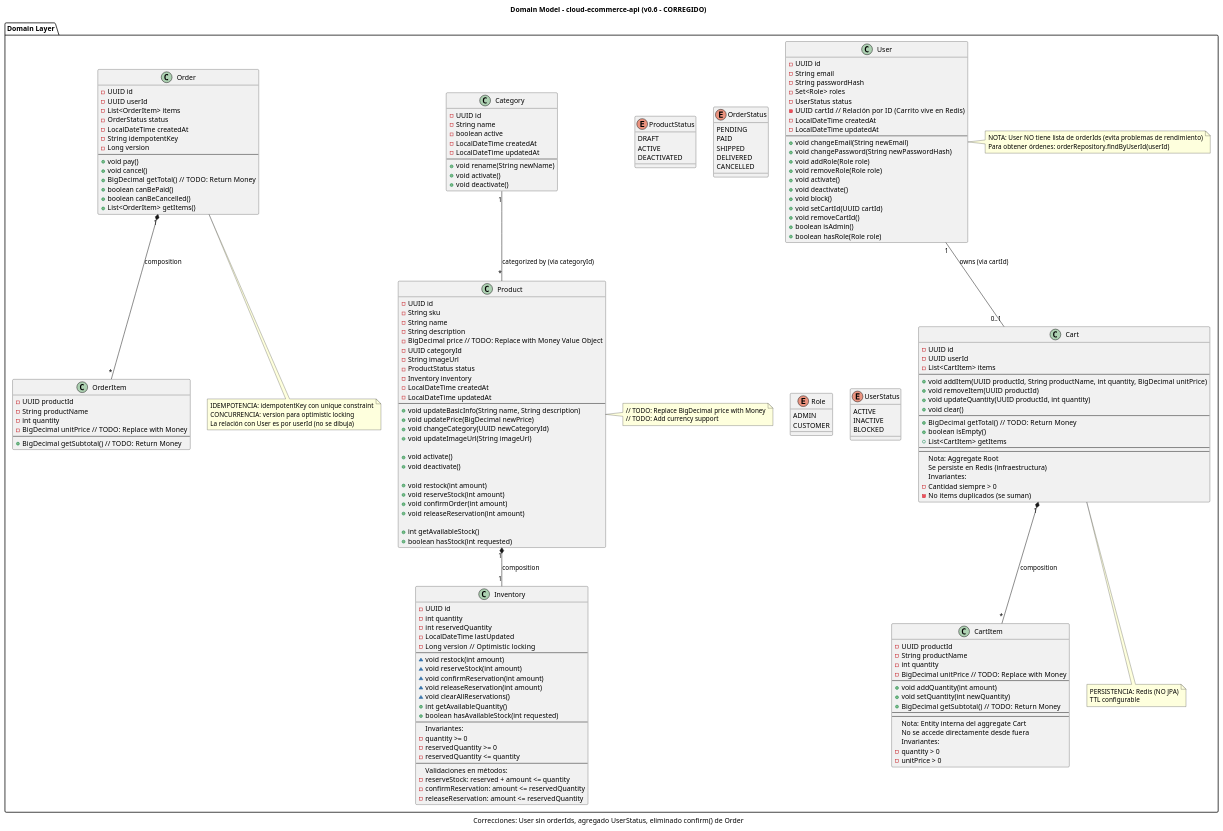
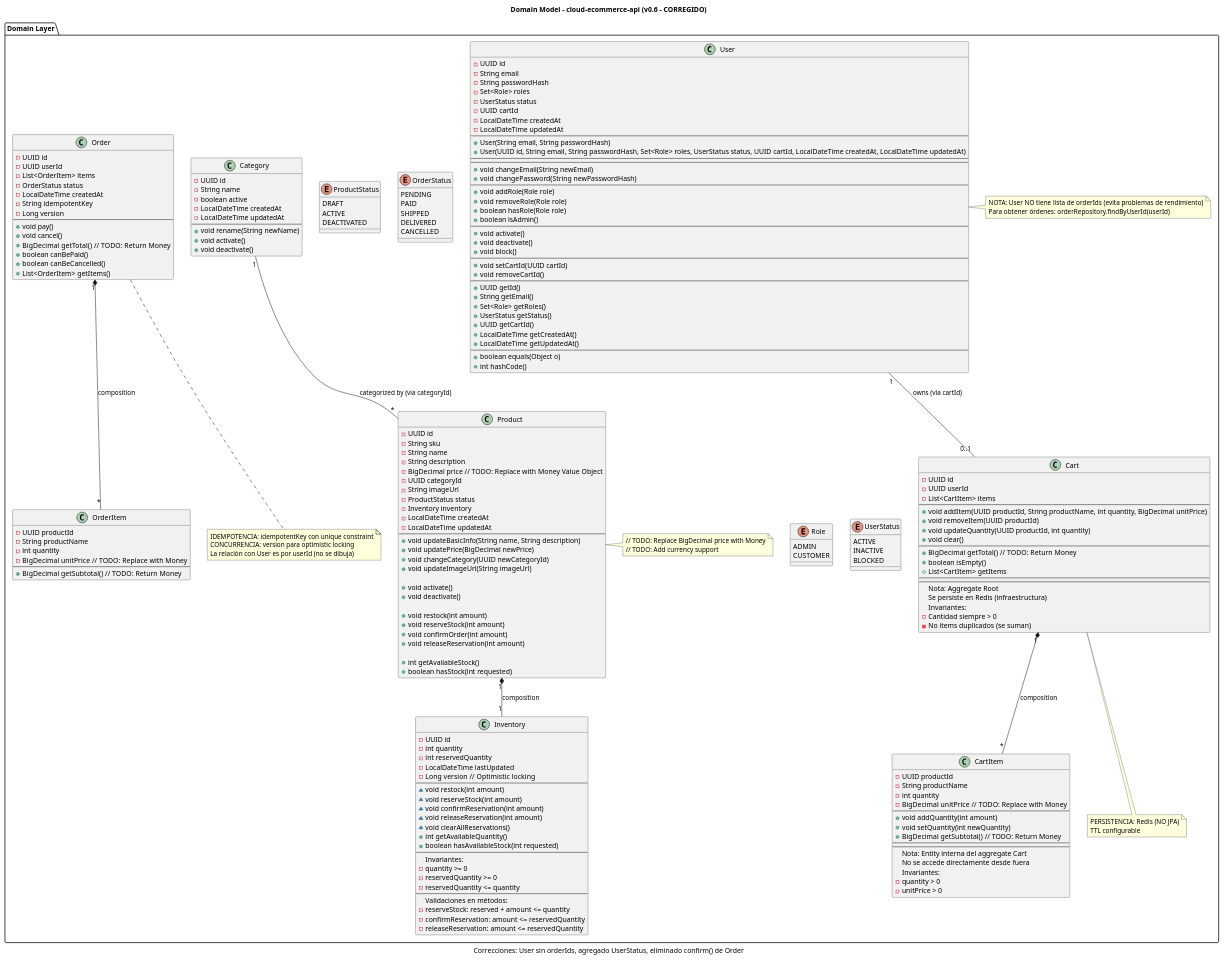
The diagram in docs/diagrams/domain-model.puml (marcobustosblas/cloud-ecommerce-api), drawn with PlantUML before and after one commit.

Commit message:
docs(diagram): reorganize User class methods by functional blocks

```diff
--- a/docs/diagrams/domain-model.puml
+++ b/docs/diagrams/domain-model.puml
@@ -165,26 +165,55 @@
     }
 
     class User {
+        ' === ATRIBUTOS ===
         - UUID id
         - String email
         - String passwordHash
         - Set<Role> roles
         - UserStatus status
-        - UUID cartId  // Relación por ID (Carrito vive en Redis)
+        - UUID cartId
         - LocalDateTime createdAt
         - LocalDateTime updatedAt
-        ---
+        --
+        ' === CONSTRUCTORES ===
+        + User(String email, String passwordHash)
+        + User(UUID id, String email, String passwordHash, Set<Role> roles, UserStatus status, UUID cartId, LocalDateTime createdAt, LocalDateTime updatedAt)
+        --
+        ' === VALIDACIONES PRIVADAS (no visibles en diagrama) ===
+        ' - setEmail(String email)
+        ' - setPasswordHash(String passwordHash)
+        --
+        ' === UPDATE METHODS ===
         + void changeEmail(String newEmail)
         + void changePassword(String newPasswordHash)
+        --
+        ' === ROLE MANAGEMENT ===
         + void addRole(Role role)
         + void removeRole(Role role)
+        + boolean hasRole(Role role)
+        + boolean isAdmin()
+        --
+        ' === STATUS MANAGEMENT ===
         + void activate()
         + void deactivate()
         + void block()
+        --
+        ' === CART MANAGEMENT ===
         + void setCartId(UUID cartId)
         + void removeCartId()
-        + boolean isAdmin()
-        + boolean hasRole(Role role)
+        --
+        ' === GETTERS ===
+        + UUID getId()
+        + String getEmail()
+        + Set<Role> getRoles()
+        + UserStatus getStatus()
+        + UUID getCartId()
+        + LocalDateTime getCreatedAt()
+        + LocalDateTime getUpdatedAt()
+        --
+        ' ===== EQUALS & HASHCODE =====
+        + boolean equals(Object o)
+        + int hashCode()
     }
 
     ' Relaciones (CORREGIDAS)
```
